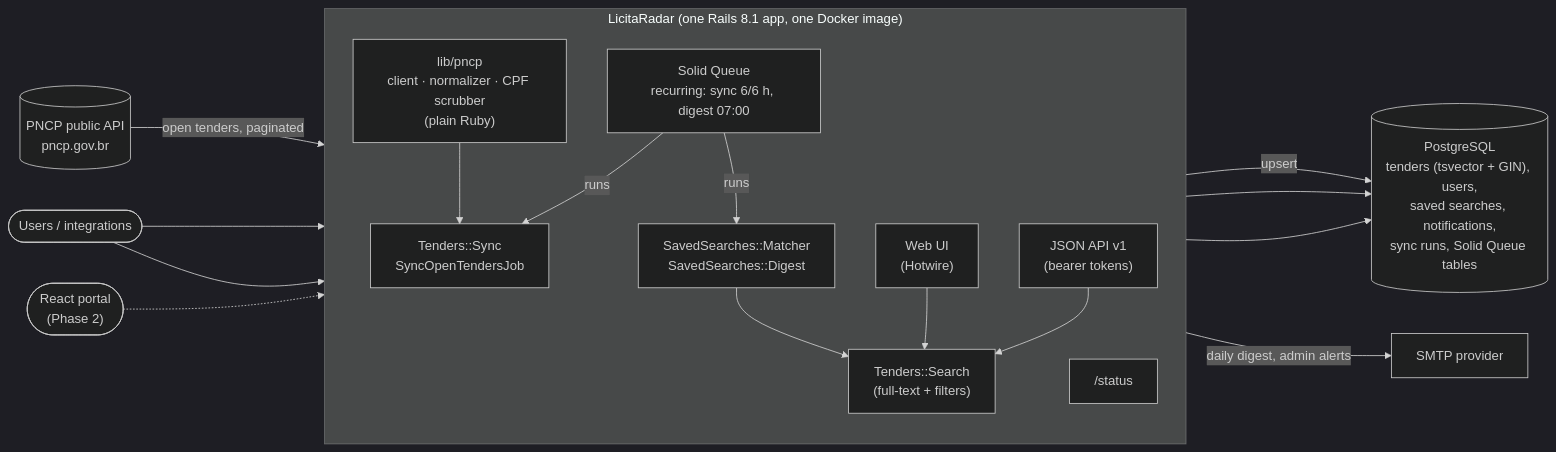
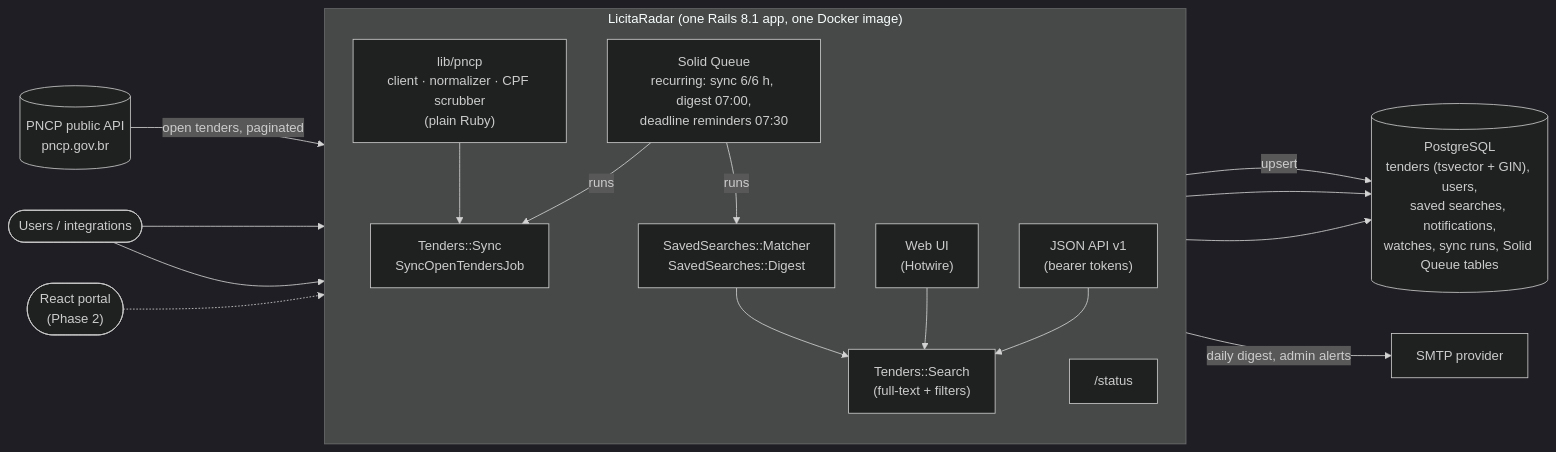
Before and after one commit to Dhonatan/licitaradar: the diagram in README.md, drawn with Mermaid (dark theme). The commit also changed other lines of this file and 1 other file, not shown here.

Commit message:
docs: document the watchlist, reminders, notes, calendar feed and CSV export

````diff
--- a/README.md
+++ b/README.md
@@ -73,34 +81,34 @@
 ```mermaid
 flowchart LR
   PNCP[("PNCP public API<br/>pncp.gov.br")]
 
   subgraph app["LicitaRadar (one Rails 8.1 app, one Docker image)"]
     direction TB
     Client["lib/pncp<br/>client · normalizer · CPF scrubber<br/>(plain Ruby)"]
     Sync["Tenders::Sync<br/>SyncOpenTendersJob"]
     Search["Tenders::Search<br/>(full-text + filters)"]
     Matcher["SavedSearches::Matcher<br/>SavedSearches::Digest"]
     Web["Web UI<br/>(Hotwire)"]
     API["JSON API v1<br/>(bearer tokens)"]
     Status["/status"]
-    Queue["Solid Queue<br/>recurring: sync 6/6 h, digest 07:00"]
+    Queue["Solid Queue<br/>recurring: sync 6/6 h, digest 07:00,<br/>deadline reminders 07:30"]
   end
 
-  DB[("PostgreSQL<br/>tenders (tsvector + GIN), users,<br/>saved searches, notifications,<br/>sync runs, Solid Queue tables")]
+  DB[("PostgreSQL<br/>tenders (tsvector + GIN), users,<br/>saved searches, notifications,<br/>watches, sync runs, Solid Queue tables")]
   SMTP["SMTP provider"]
   Users(["Users / integrations"])
   Portal(["React portal<br/>(Phase 2)"])
 
   PNCP -->|"open tenders, paginated"| Client --> Sync -->|"upsert"| DB
   Queue -->|"runs"| Sync
   Queue -->|"runs"| Matcher
   Search --> DB
   Matcher --> Search
   Matcher -->|"daily digest, admin alerts"| SMTP
   Web --> Search
   API --> Search
   Status --> DB
   Users --> Web
   Users --> API
   Portal -.-> API
 ```
````
